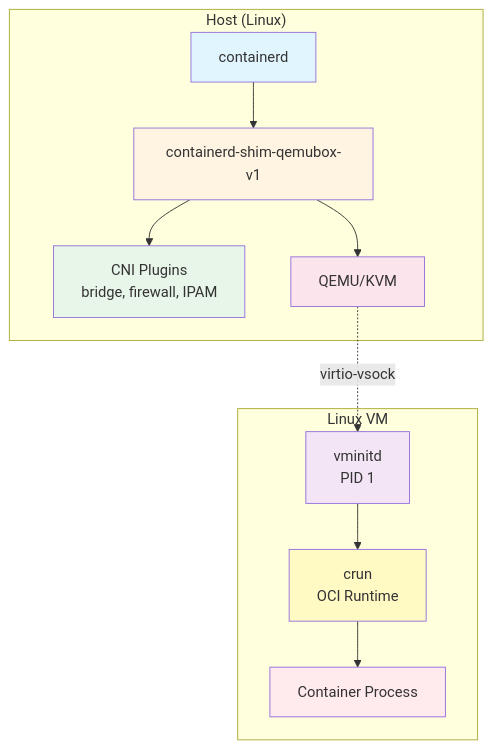
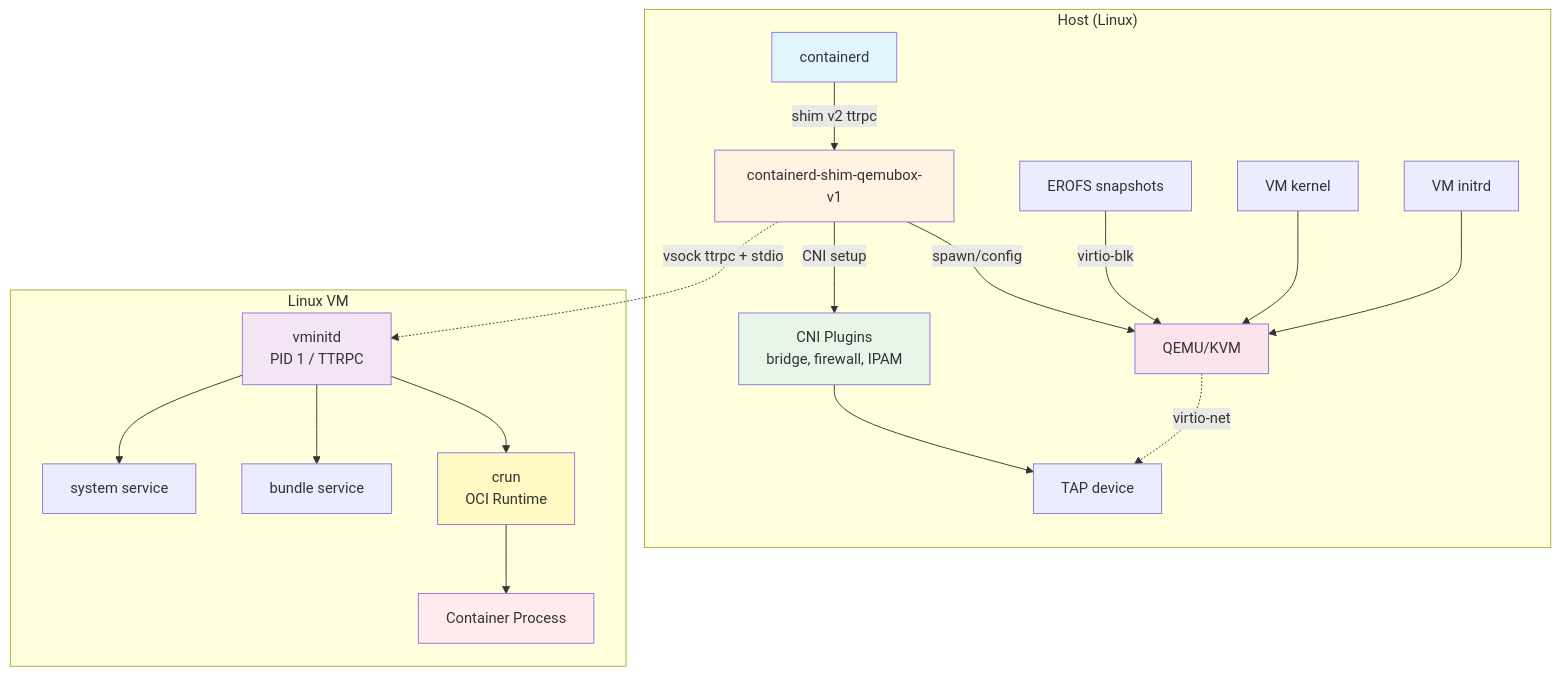
The diagram in README.md (aledbf/qemubox), drawn with Mermaid before and after one commit. The commit also changed other lines of this file, not shown here.

Commit message:
Enhance architecture diagram: update connections and add TAP device, EROFS snapshots, and VM kernel details

````diff
--- a/README.md
+++ b/README.md
@@ -16,32 +16,45 @@
 ```mermaid
 graph TB
     subgraph "Host (Linux)"
         containerd[containerd]
         shim[containerd-shim-qemubox-v1]
         cni[CNI Plugins<br/>bridge, firewall, IPAM]
+        tap[TAP device]
+        store[EROFS snapshots]
+        kernel[VM kernel]
+        initrd[VM initrd]
         qemu[QEMU/KVM]
 
-        containerd --> shim
-        shim --> cni
-        shim --> qemu
+        containerd -->|shim v2 ttrpc| shim
+        shim -->|CNI setup| cni
+        cni --> tap
+        shim -->|spawn/config| qemu
+        store -->|virtio-blk| qemu
+        kernel --> qemu
+        initrd --> qemu
+        qemu -.->|virtio-net| tap
     end
 
     subgraph "Linux VM"
-        vminitd[vminitd<br/>PID 1]
+        vminitd[vminitd<br/>PID 1 / TTRPC]
+        systemsvc[system service]
+        bundlesvc[bundle service]
         crun[crun<br/>OCI Runtime]
         container[Container Process]
 
+        vminitd --> systemsvc
+        vminitd --> bundlesvc
         vminitd --> crun
         crun --> container
     end
 
-    qemu -.->|virtio-vsock| vminitd
+    shim -.->|vsock ttrpc + stdio| vminitd
 
     style containerd fill:#e1f5ff
     style shim fill:#fff4e1
     style cni fill:#e8f5e9
     style qemu fill:#fce4ec
     style vminitd fill:#f3e5f5
     style crun fill:#fff9c4
     style container fill:#ffebee
 ```
````
